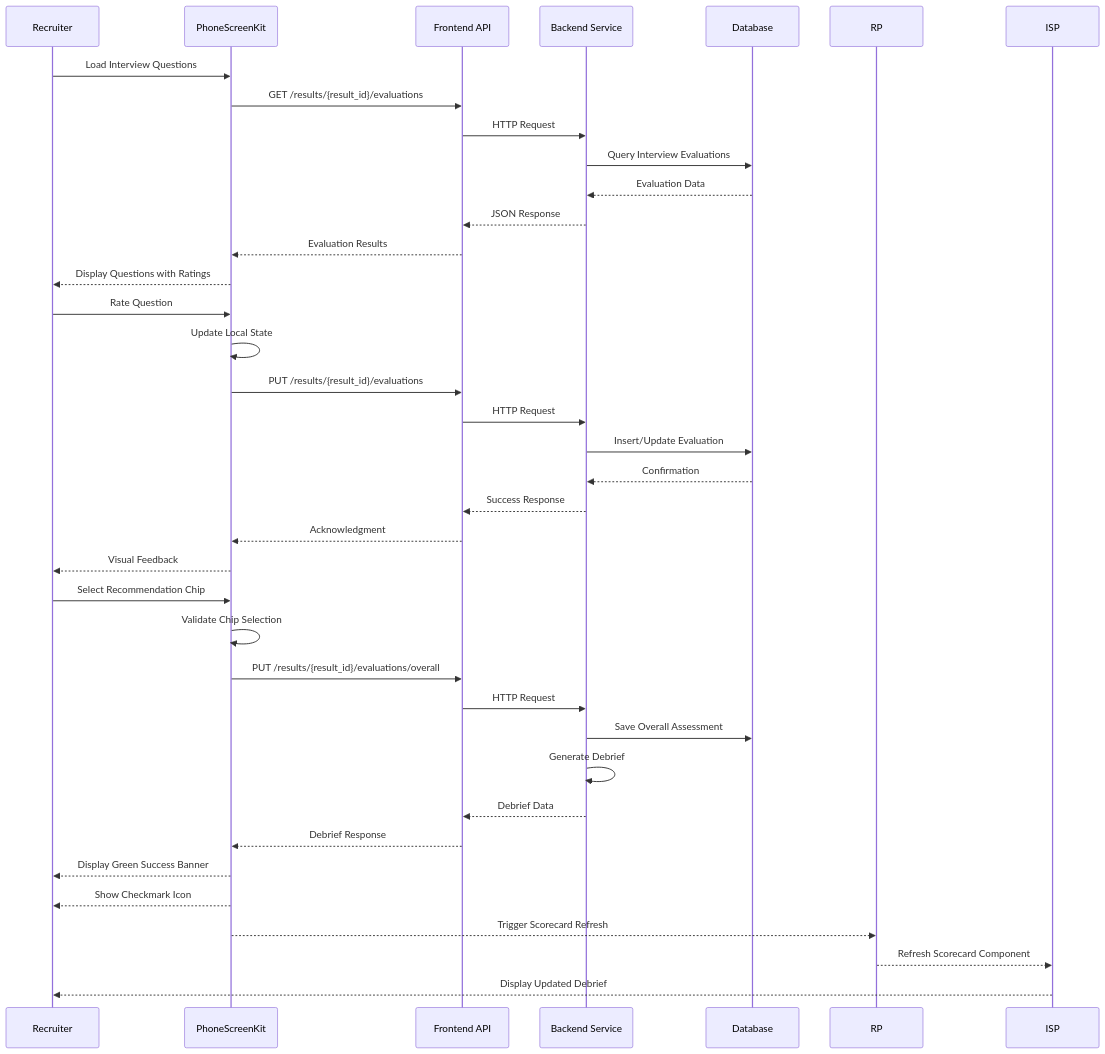
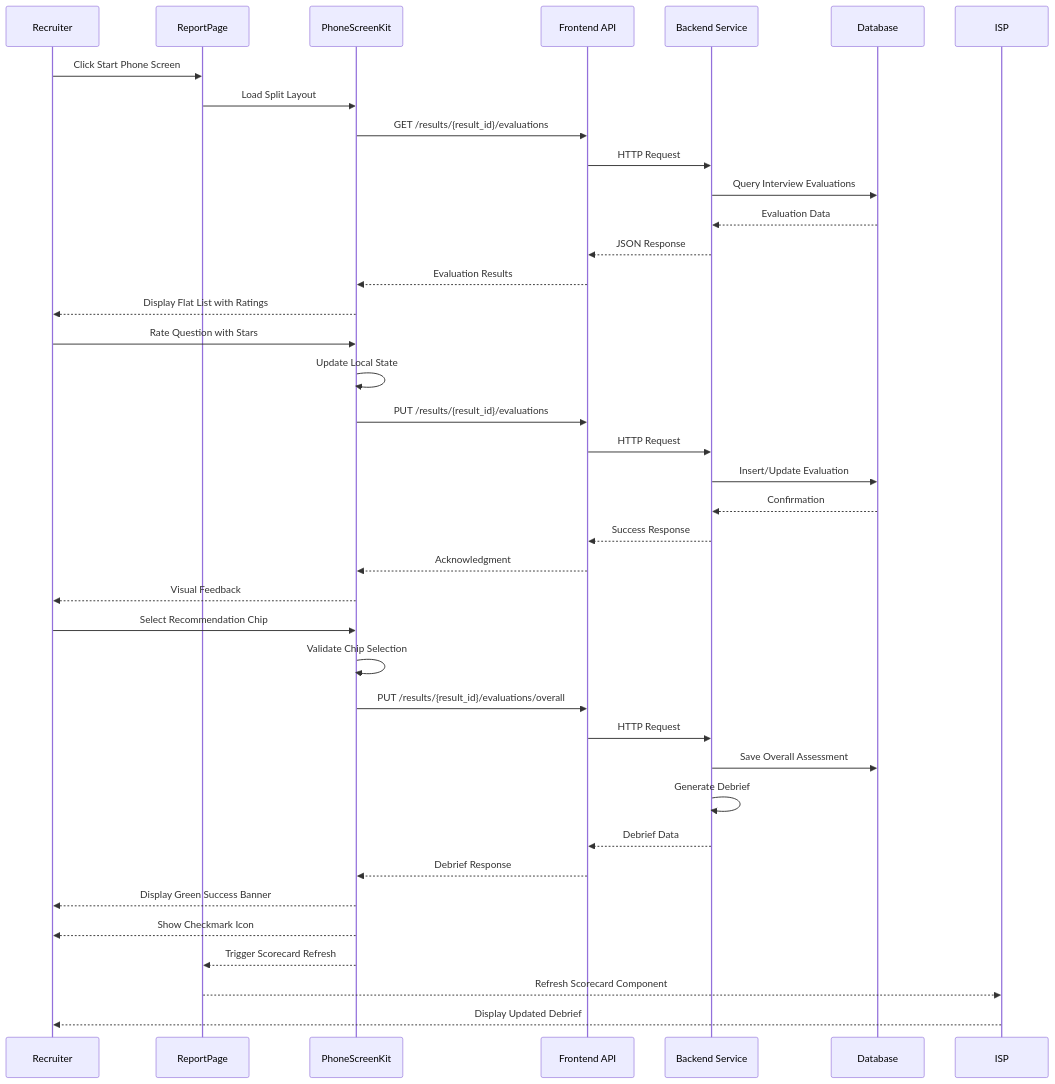
The third of 12 diagrams in .qoder/repowiki/en/content/Frontend Architecture/Component Library/PhoneScreenKit Component.md (Revanththetalogics/aireume), drawn with Mermaid before and after one commit. The commit also changed other lines of this file and 61 other files, not shown here.

````diff
--- a/.qoder/repowiki/en/content/Frontend Architecture/Component Library/PhoneScreenKit Component.md
+++ b/.qoder/repowiki/en/content/Frontend Architecture/Component Library/PhoneScreenKit Component.md
@@ -166,38 +170,40 @@
 ```mermaid
 sequenceDiagram
 participant User as Recruiter
+participant RP as ReportPage
 participant PSK as PhoneScreenKit
 participant API as Frontend API
 participant BE as Backend Service
 participant DB as Database
-User->>PSK : Load Interview Questions
+User->>RP : Click Start Phone Screen
+RP->>PSK : Load Split Layout
 PSK->>API : GET /results/{result_id}/evaluations
 API->>BE : HTTP Request
 BE->>DB : Query Interview Evaluations
 DB-->>BE : Evaluation Data
 BE-->>API : JSON Response
 API-->>PSK : Evaluation Results
-PSK-->>User : Display Questions with Ratings
-User->>PSK : Rate Question
+PSK-->>User : Display Flat List with Ratings
+User->>PSK : Rate Question with Stars
 PSK->>PSK : Update Local State
 PSK->>API : PUT /results/{result_id}/evaluations
 API->>BE : HTTP Request
 BE->>DB : Insert/Update Evaluation
 DB-->>BE : Confirmation
 BE-->>API : Success Response
 API-->>PSK : Acknowledgment
 PSK-->>User : Visual Feedback
 User->>PSK : Select Recommendation Chip
 PSK->>PSK : Validate Chip Selection
 PSK->>API : PUT /results/{result_id}/evaluations/overall
 API->>BE : HTTP Request
 BE->>DB : Save Overall Assessment
 BE->>BE : Generate Debrief
 BE-->>API : Debrief Data
 API-->>PSK : Debrief Response
 PSK-->>User : Display Green Success Banner
 PSK-->>User : Show Checkmark Icon
 PSK-->>RP : Trigger Scorecard Refresh
 RP-->>ISP : Refresh Scorecard Component
 ISP-->>User : Display Updated Debrief
 ```
````
